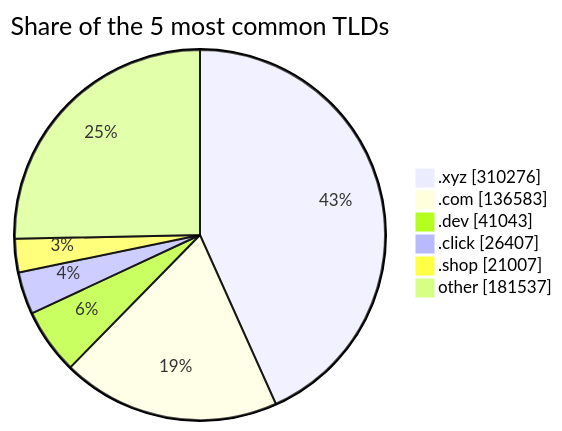
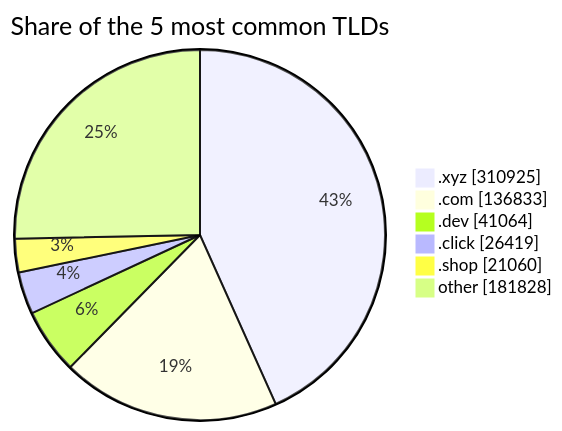
One commit to DNSBunker/CTI changed the third of 3 diagrams in README.md. Above: the diagram before and after it, drawn with Mermaid. The commit also changed other lines of this file and 3 other files, not shown here.

````diff
--- a/README.md
+++ b/README.md
@@ -81,9 +81,9 @@
 ```mermaid
 pie showData title Share of the 5 most common TLDs
-    ".xyz" : 310276
-    ".com" : 136583
-    ".dev" : 41043
-    ".click" : 26407
-    ".shop" : 21007
-    "other" : 181537
+    ".xyz" : 310925
+    ".com" : 136833
+    ".dev" : 41064
+    ".click" : 26419
+    ".shop" : 21060
+    "other" : 181828
 ```
````
